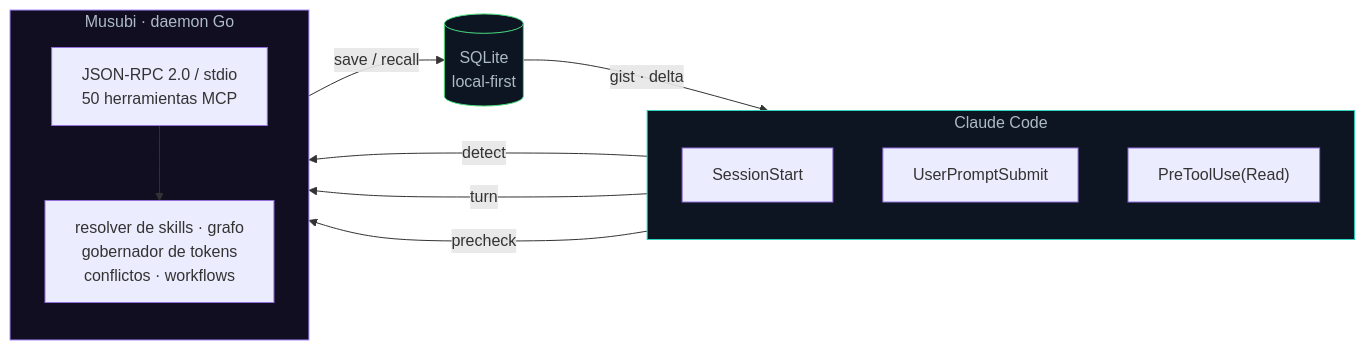
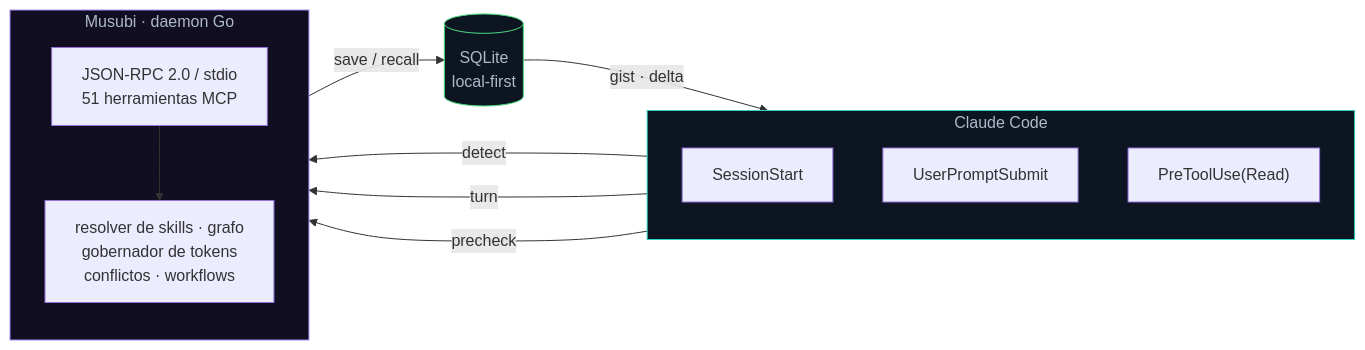
One commit to codeabraham16/musubi changed the first of 3 diagrams in README.md. Above: the diagram before and after it, drawn with Mermaid. The commit also changed other lines of this file and 23 other files, not shown here.

````diff
--- a/README.md
+++ b/README.md
@@ -68,27 +68,27 @@
 ```mermaid
 flowchart LR
     subgraph CC["Claude Code"]
         direction TB
         H1["SessionStart"]
         H2["UserPromptSubmit"]
         H3["PreToolUse(Read)"]
     end
     subgraph M["Musubi · daemon Go"]
         direction TB
-        RPC["JSON-RPC 2.0 / stdio<br/>50 herramientas MCP"]
+        RPC["JSON-RPC 2.0 / stdio<br/>51 herramientas MCP"]
         COG["resolver de skills · grafo<br/>gobernador de tokens<br/>conflictos · workflows"]
     end
     DB[("SQLite<br/>local-first")]
 
     H1 -- "detect" --> RPC
     H2 -- "turn" --> RPC
     H3 -- "precheck" --> RPC
     RPC --> COG
     COG -- "save / recall" --> DB
     DB -- "gist · delta" --> CC
 
     classDef cc fill:#0d1422,stroke:#2dd4bf,color:#adbac7;
     classDef mm fill:#120e22,stroke:#a78bfa,color:#adbac7;
     classDef db fill:#0d1422,stroke:#4ade80,color:#adbac7;
     class CC cc; class M mm; class DB db;
 ```
````
